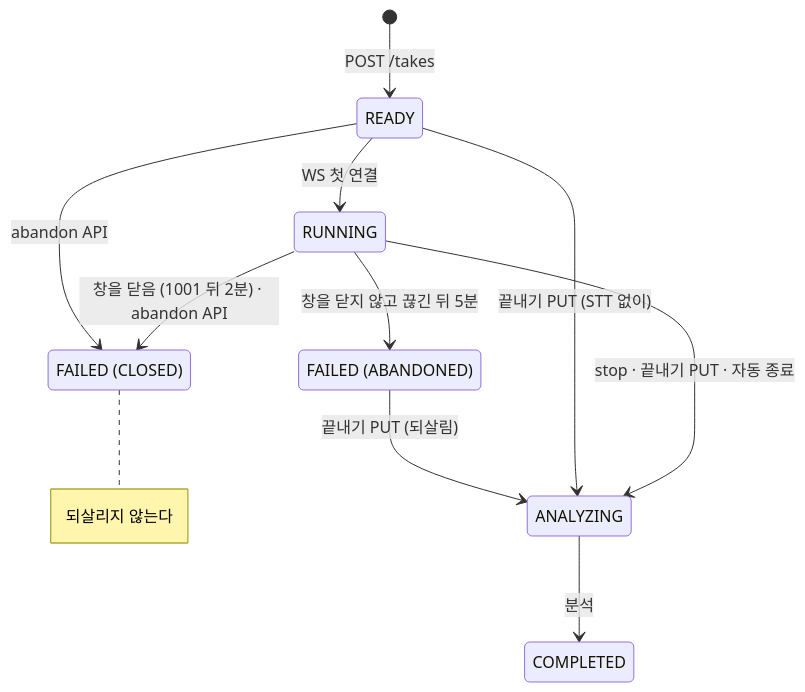
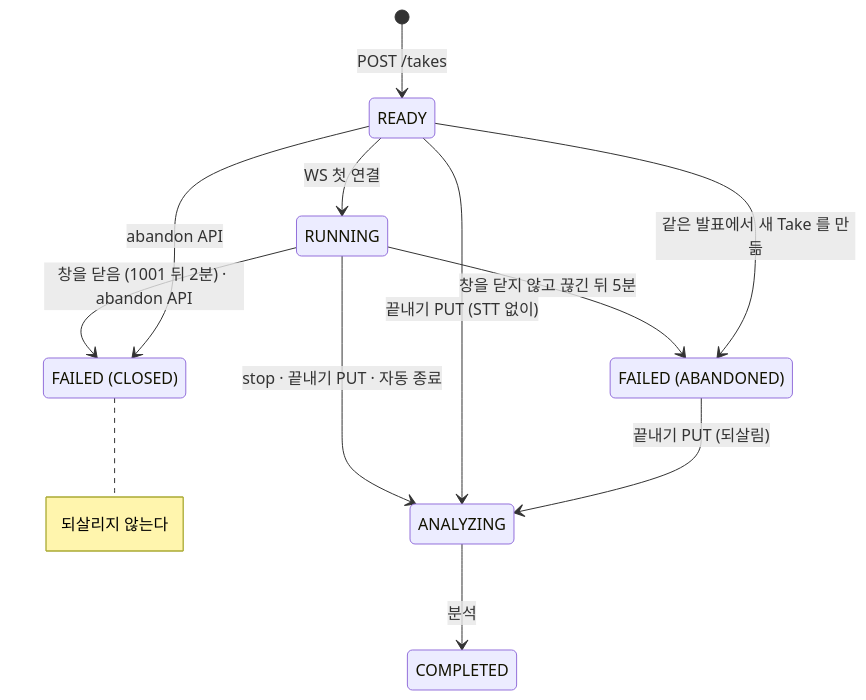
One commit to kakaotechcampus-4/ktc4-pusan-2 changed the diagram in docs/be/take-lifecycle.md. Above: the diagram before and after it, drawn with Mermaid. The commit also changed other lines of this file, not shown here.

Commit message:
docs(be): Take 연결 문서에 새 Take 를 만들 때 남은 READY Take 를 끝내는 경우를 더한다

````diff
--- a/docs/be/take-lifecycle.md
+++ b/docs/be/take-lifecycle.md
@@ -8,18 +8,19 @@
 ```mermaid
 stateDiagram-v2
     state "FAILED (CLOSED)" as CLOSED
     state "FAILED (ABANDONED)" as ABANDONED
 
     [*] --> READY : POST /takes
     READY --> RUNNING : WS 첫 연결
     RUNNING --> ANALYZING : stop · 끝내기 PUT · 자동 종료
     READY --> ANALYZING : 끝내기 PUT (STT 없이)
     ANALYZING --> COMPLETED : 분석
 
     RUNNING --> CLOSED : 창을 닫음 (1001 뒤 2분) · abandon API
     READY --> CLOSED : abandon API
     RUNNING --> ABANDONED : 창을 닫지 않고 끊긴 뒤 5분
+    READY --> ABANDONED : 같은 발표에서 새 Take 를 만듦
     ABANDONED --> ANALYZING : 끝내기 PUT (되살림)
 
     note right of CLOSED : 되살리지 않는다
 ```
````
